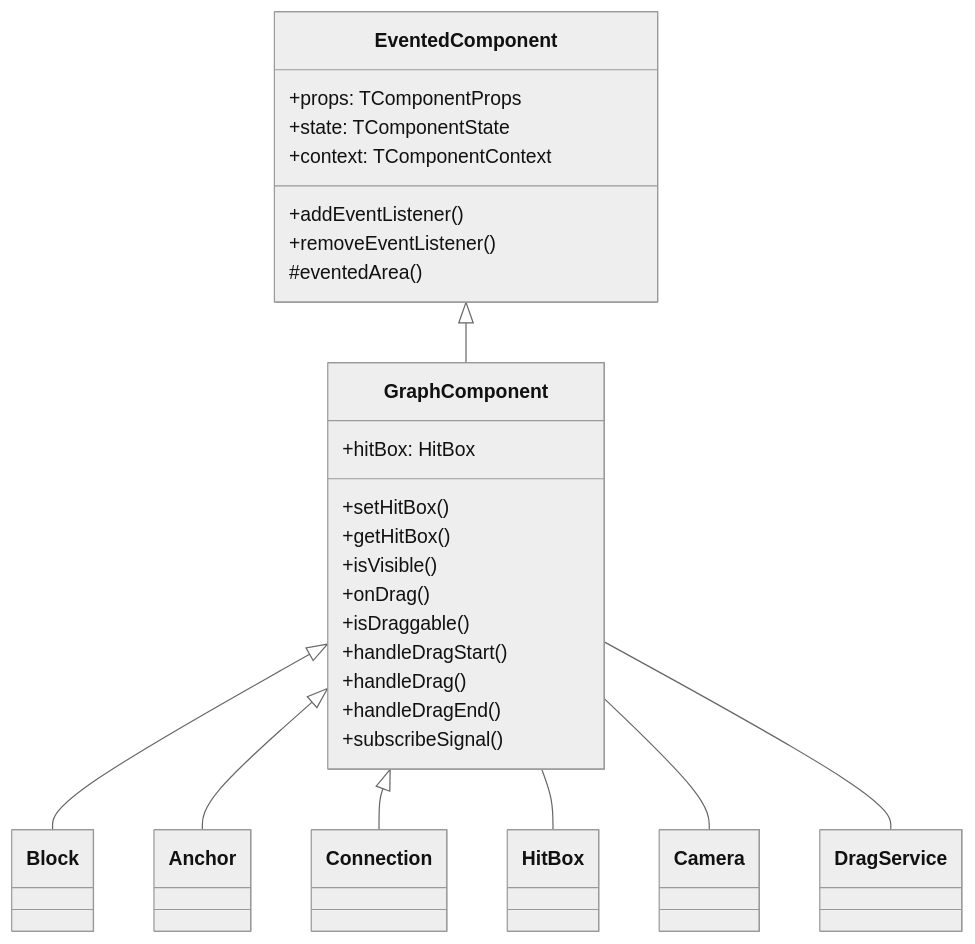
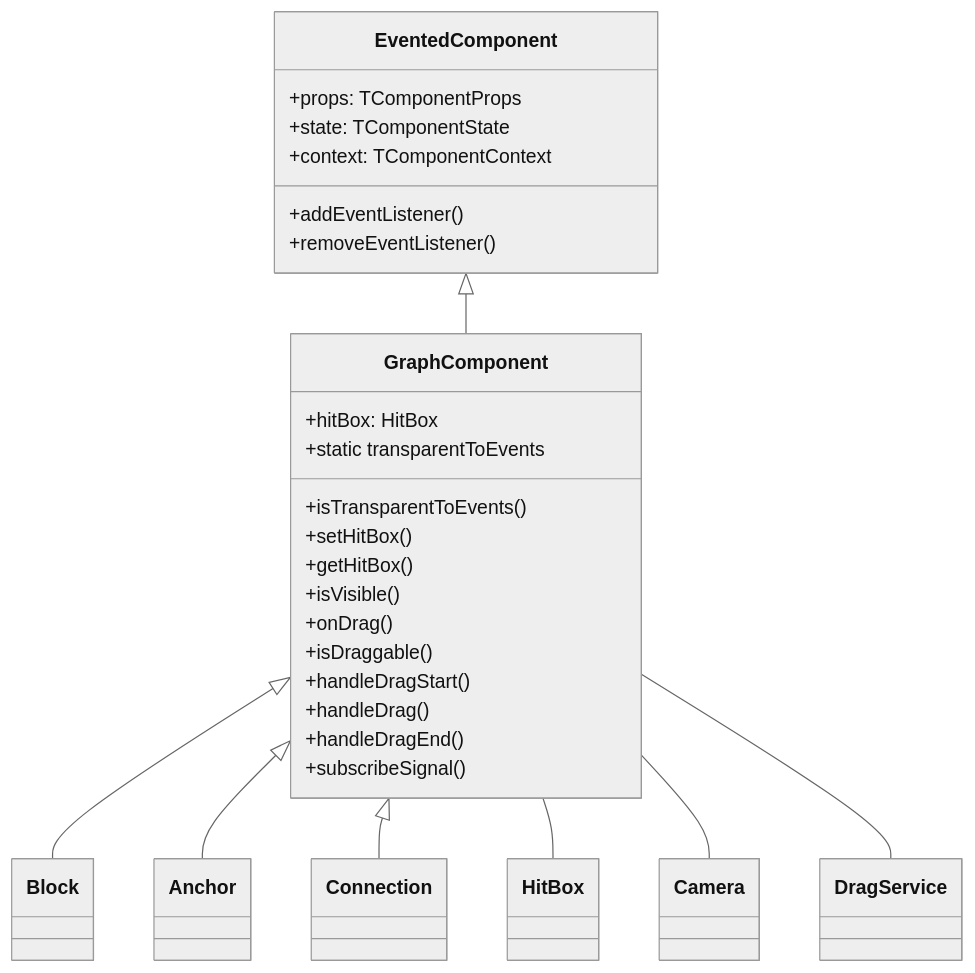
Before and after one commit to gravity-ui/graph: the first of 2 diagrams in packages/graph/docs/components/canvas-graph-component.md, drawn with Mermaid (neutral theme). The commit also changed other lines of this file and 109 other files, not shown here.

First line of the commit message:
feat(graph)!: child scene components, hit levels and the HTML handover

````diff
--- a/packages/graph/docs/components/canvas-graph-component.md
+++ b/packages/graph/docs/components/canvas-graph-component.md
@@ -9,32 +9,33 @@
 ```mermaid
 classDiagram
     EventedComponent <|-- GraphComponent
     GraphComponent <|-- Block
     GraphComponent <|-- Anchor
     GraphComponent <|-- Connection
     GraphComponent -- HitBox
     GraphComponent -- Camera
     GraphComponent -- DragService
     
     class EventedComponent {
         +props: TComponentProps
         +state: TComponentState
         +context: TComponentContext
         +addEventListener()
         +removeEventListener()
-        #eventedArea()
     }
     
     class GraphComponent {
         +hitBox: HitBox
+        +static transparentToEvents
+        +isTransparentToEvents()
         +setHitBox()
         +getHitBox()
         +isVisible()
         +onDrag()
         +isDraggable()
         +handleDragStart()
         +handleDrag()
         +handleDragEnd()
         +subscribeSignal()
     }
 ```
````
